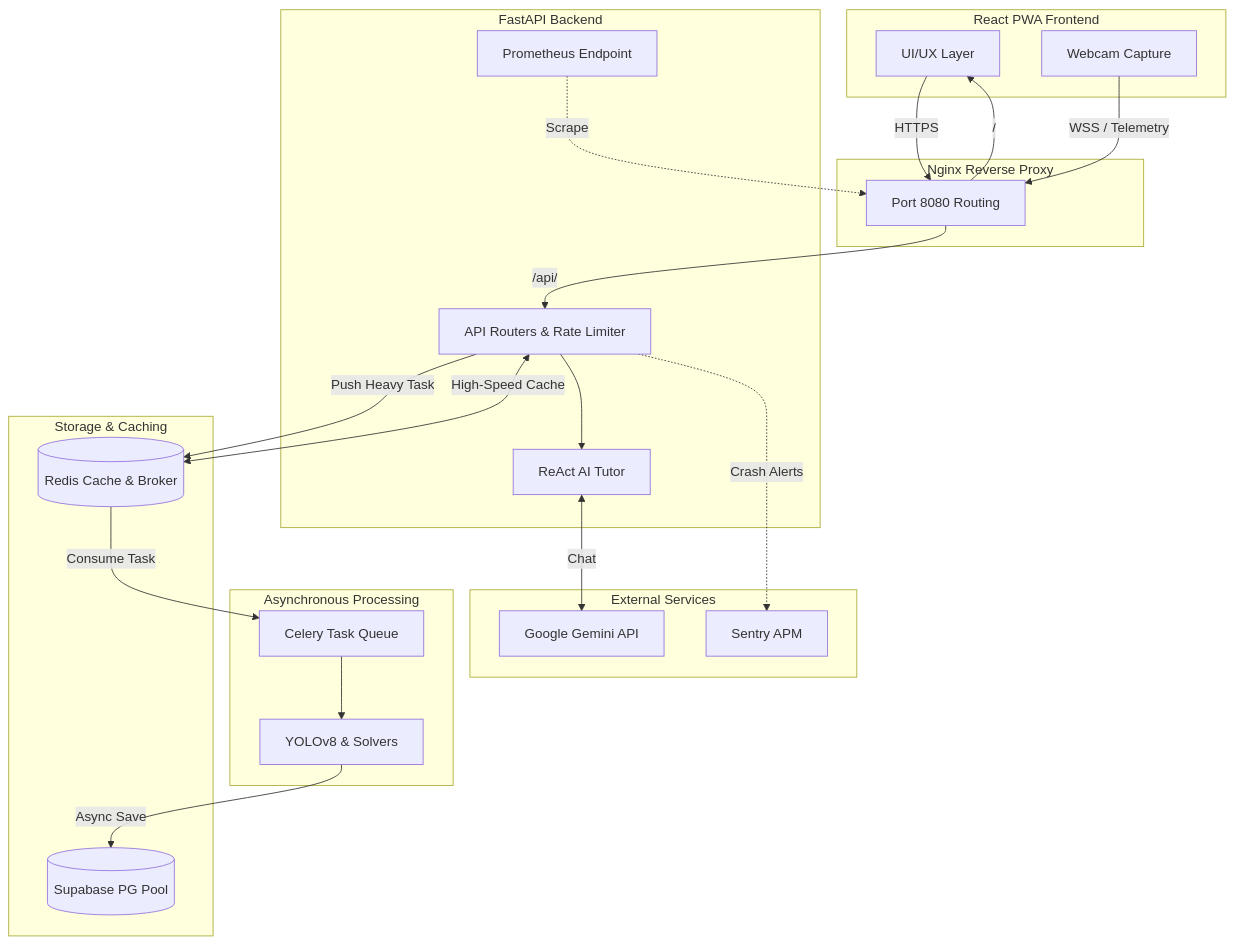
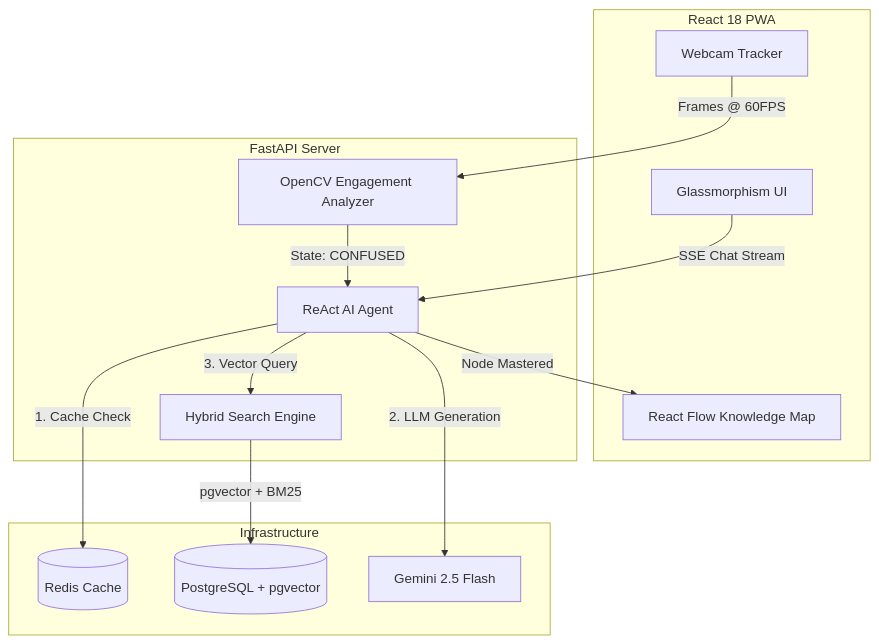
The diagram in README.md (vikassaini77/AI-Steam-Lab), drawn with Mermaid before and after one commit. The commit also changed other lines of this file and 2 other files, not shown here.

````diff
--- a/README.md
+++ b/README.md
@@ -95,46 +28,35 @@
 ```mermaid
 graph TD
-    subgraph Client [React PWA Frontend]
-        UI[UI/UX Layer]
-        CV[Webcam Capture]
+    %% Frontend Layer
+    subgraph Frontend [React 18 PWA]
+        UI[Glassmorphism UI]
+        CV[Webcam Tracker]
+        Graph[React Flow Knowledge Map]
     end
 
-    subgraph Gateway [Nginx Reverse Proxy]
-        Proxy[Port 8080 Routing]
+    %% Backend API Layer
+    subgraph Backend [FastAPI Server]
+        Agent[ReAct AI Agent]
+        CV_Engine[OpenCV Engagement Analyzer]
+        RRF[Hybrid Search Engine]
     end
 
-    subgraph API [FastAPI Backend]
-        Router[API Routers & Rate Limiter]
-        Agent[ReAct AI Tutor]
-        Metrics[Prometheus Endpoint]
+    %% Infrastructure Layer
+    subgraph Data [Infrastructure]
+        Redis[(Redis Cache)]
+        PG[(PostgreSQL + pgvector)]
+        Gemini[Gemini 2.5 Flash]
     end
 
-    subgraph Workers [Asynchronous Processing]
-        Celery[Celery Task Queue]
-        Physics[YOLOv8 & Solvers]
-    end
-
-    subgraph Data [Storage & Caching]
-        Supa[(Supabase PG Pool)]
-        Redis[(Redis Cache & Broker)]
-    end
-
-    subgraph Cloud [External Services]
-        LLM[Google Gemini API]
-        Sentry[Sentry APM]
-    end
-
-    UI -->|HTTPS| Proxy
-    CV -->|WSS / Telemetry| Proxy
-    Proxy -->|/| UI
-    Proxy -->|/api/| Router
-    Router -->|Push Heavy Task| Redis
-    Redis -->|Consume Task| Celery
-    Celery --> Physics
-    Router <-->|High-Speed Cache| Redis
-    Router --> Agent
-    Agent <-->|Chat| LLM
-    Physics -->|Async Save| Supa
-    Router -.->|Crash Alerts| Sentry
-    Metrics -.->|Scrape| Proxy
+    %% Flow Connections
+    UI -- "SSE Chat Stream" --> Agent
+    CV -- "Frames @ 60FPS" --> CV_Engine
+    CV_Engine -- "State: CONFUSED" --> Agent
+    
+    Agent -- "1. Cache Check" --> Redis
+    Agent -- "2. LLM Generation" --> Gemini
+    Agent -- "3. Vector Query" --> RRF
+    
+    RRF -- "pgvector + BM25" --> PG
+    Agent -- "Node Mastered" --> Graph
 ```
````
